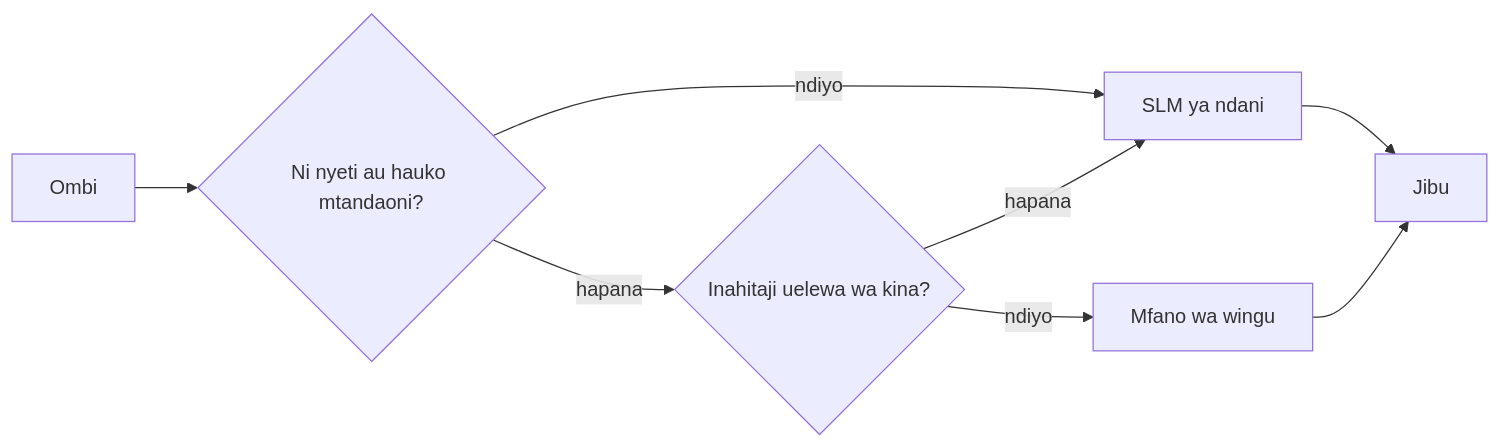
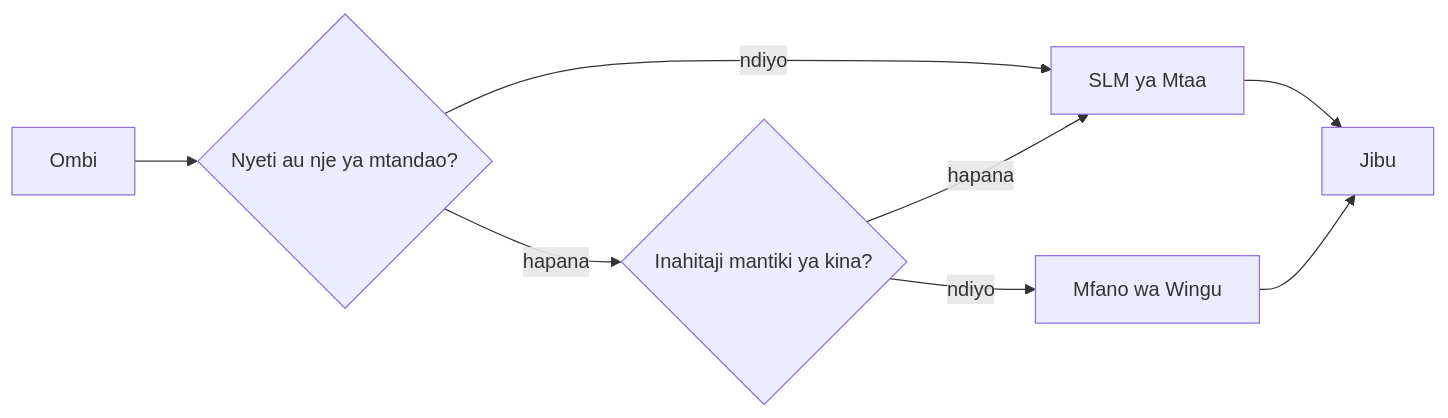
Before and after one commit to gabrielmoreira/agent-skills-mirror: the fourth of 4 diagrams in mirrors/repos/microsoft@ai-agents-for-beginners/translations/sw/17-creating-local-ai-agents/README.md, drawn with Mermaid. The commit also changed other lines of this file and 4262 other files, not shown here.

````diff
--- a/mirrors/repos/microsoft@ai-agents-for-beginners/translations/sw/17-creating-local-ai-agents/README.md
+++ b/mirrors/repos/microsoft@ai-agents-for-beginners/translations/sw/17-creating-local-ai-agents/README.md
@@ -156,10 +156,10 @@
 ```mermaid
 flowchart LR
-    Q[Ombi] --> S{Ni nyeti au hauko mtandaoni?}
-    S -->|ndiyo| L[SLM ya ndani]
-    S -->|hapana| C{Inahitaji uelewa wa kina?}
+    Q[Ombi] --> S{Nyeti au nje ya mtandao?}
+    S -->|ndiyo| L[SLM ya Mtaa]
+    S -->|hapana| C{Inahitaji mantiki ya kina?}
     C -->|hapana| L
-    C -->|ndiyo| Cloud[Mfano wa wingu]
+    C -->|ndiyo| Cloud[Mfano wa Wingu]
     L --> Out[Jibu]
     Cloud --> Out
 ```
````
